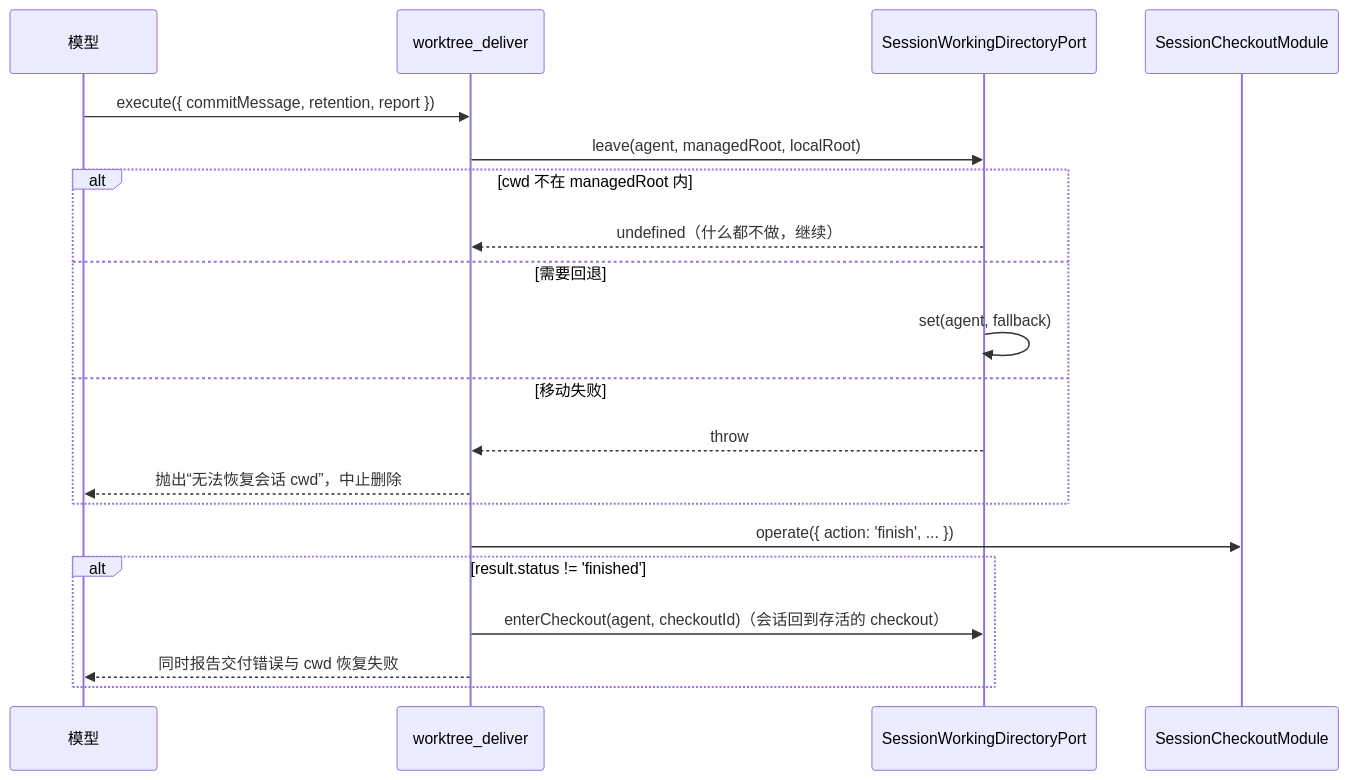
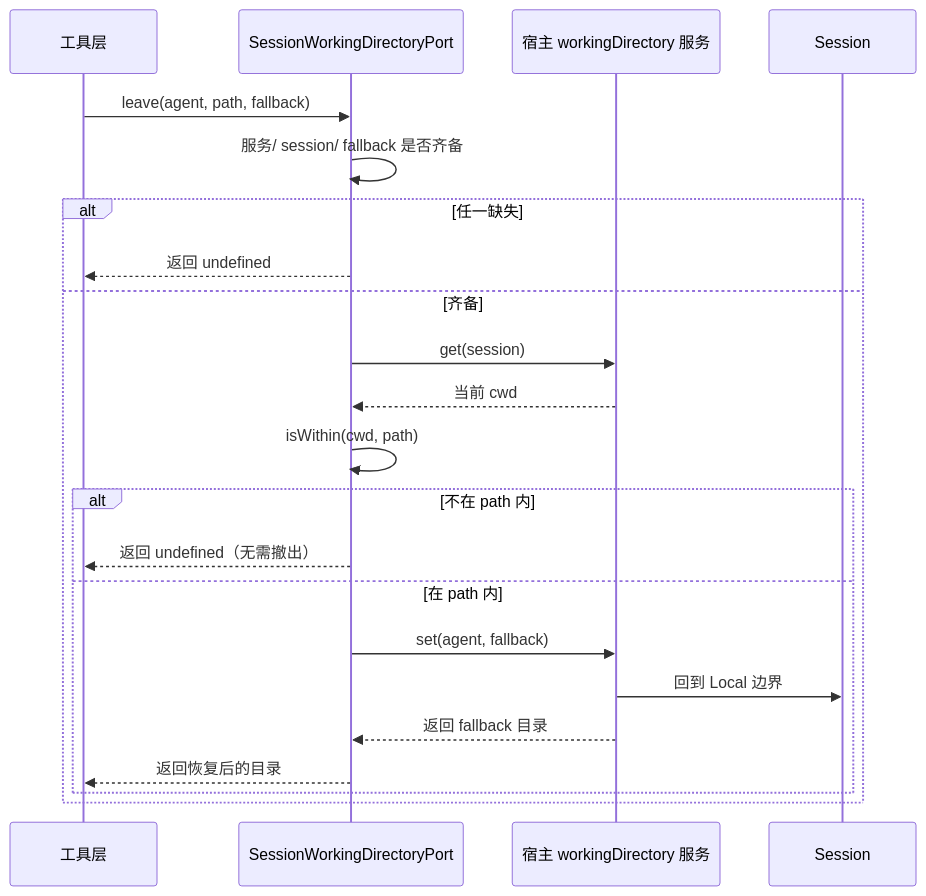
One commit to ikliml666/dsh-git-workspace changed the fifth of 6 diagrams in .codewiki/_techdocs/docs/core_worktree_domain_and_infrastructure/src_adapters/src_adapters_host_binding.md. Above: the diagram before and after it, drawn with Mermaid. The commit also changed other lines of this file and 71 other files, not shown here.

````diff
--- a/.codewiki/_techdocs/docs/core_worktree_domain_and_infrastructure/src_adapters/src_adapters_host_binding.md
+++ b/.codewiki/_techdocs/docs/core_worktree_domain_and_infrastructure/src_adapters/src_adapters_host_binding.md
@@ -272,23 +211,25 @@
 ```mermaid
 sequenceDiagram
-    participant M as 模型
-    participant T as worktree_deliver
-    participant WD as SessionWorkingDirectoryPort
-    participant MOD as SessionCheckoutModule
+  participant TOOL as 工具层
+  participant PORT as SessionWorkingDirectoryPort
+  participant SVC as 宿主 workingDirectory 服务
+  participant SESSION as Session
 
-    M->>T: execute({ commitMessage, retention, report })
-    T->>WD: leave(agent, managedRoot, localRoot)
-    alt cwd 不在 managedRoot 内
-        WD-->>T: undefined（什么都不做，继续）
-    else 需要回退
-        WD->>WD: set(agent, fallback)
-    else 移动失败
-        WD-->>T: throw
-        T-->>M: 抛出“无法恢复会话 cwd”，中止删除
+  TOOL->>PORT: leave(agent, path, fallback)
+  PORT->>PORT: 服务/ session/ fallback 是否齐备#63
+  alt 任一缺失
+    PORT-->>TOOL: 返回 undefined
+  else 齐备
+    PORT->>SVC: get(session)
+    SVC-->>PORT: 当前 cwd
+    PORT->>PORT: isWithin(cwd, path)#63
+    alt 不在 path 内
+      PORT-->>TOOL: 返回 undefined（无需撤出）
+    else 在 path 内
+      PORT->>SVC: set(agent, fallback)
+      SVC->>SESSION: 回到 Local 边界
+      SVC-->>PORT: 返回 fallback 目录
+      PORT-->>TOOL: 返回恢复后的目录
     end
-    T->>MOD: operate({ action: 'finish', ... })
-    alt result.status != 'finished'
-        T->>WD: enterCheckout(agent, checkoutId)（会话回到存活的 checkout）
-        T-->>M: 同时报告交付错误与 cwd 恢复失败
-    end
+  end
 ```
````
